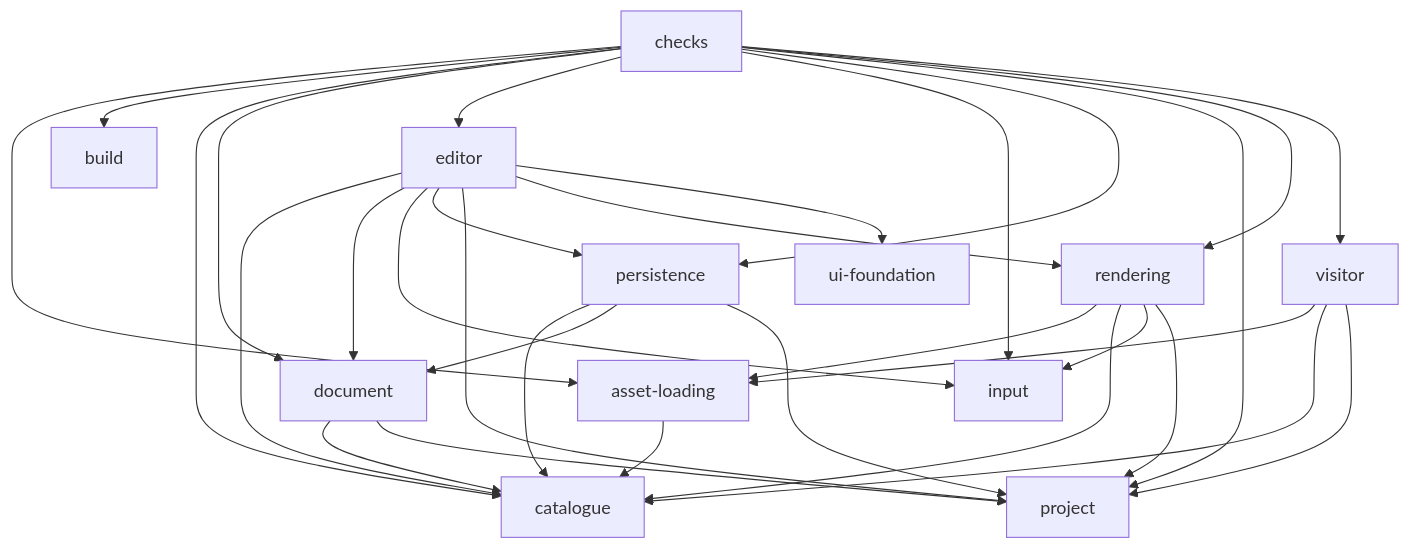
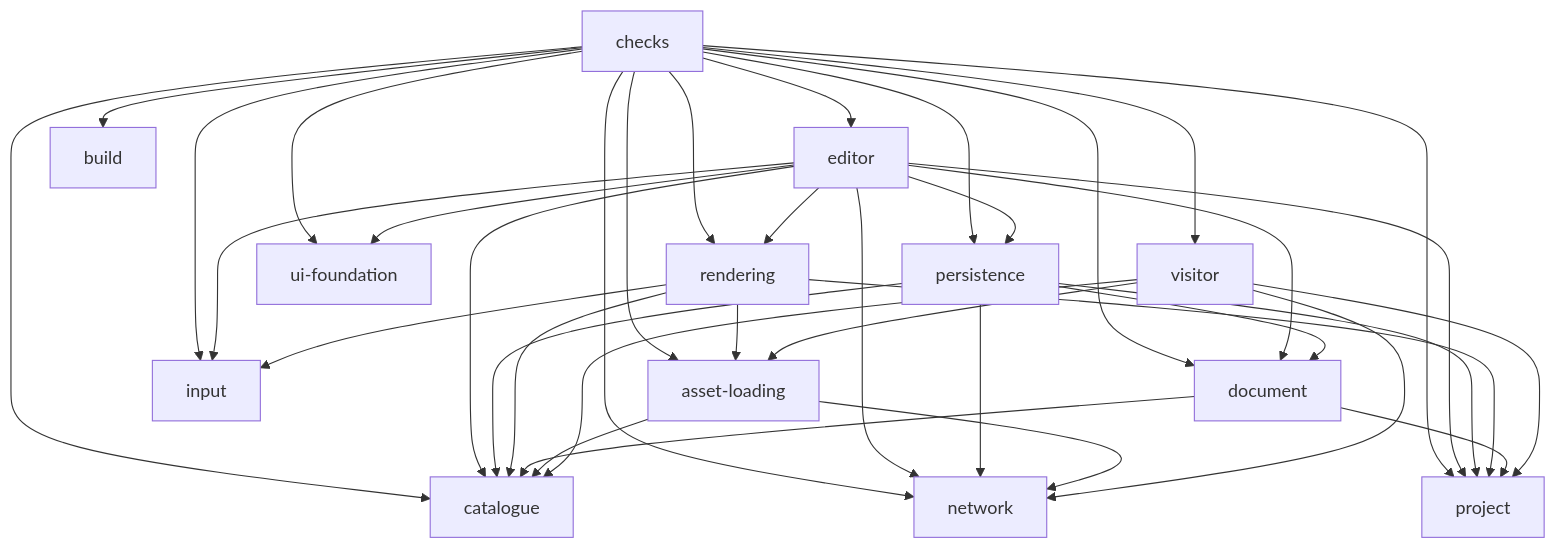
Before and after one commit to Team-Meshworks/gam300: the diagram in docs/architecture-graph.md, drawn with Mermaid. The commit also changed 4 other files, not shown here.

Commit message:
Keep visitor asset loading compatible with older browsers

````diff
--- a/docs/architecture-graph.md
+++ b/docs/architecture-graph.md
@@ -8,45 +8,52 @@
 ```mermaid
 graph TD
+  network["network"]
   visitor["visitor"]
   project["project"]
   catalogue["catalogue"]
   asset-loading["asset-loading"]
   input["input"]
   document["document"]
   rendering["rendering"]
   persistence["persistence"]
   ui-foundation["ui-foundation"]
   editor["editor"]
   build["build"]
   checks["checks"]
   visitor --> asset-loading
   visitor --> catalogue
+  visitor --> network
   visitor --> project
   asset-loading --> catalogue
+  asset-loading --> network
   document --> catalogue
   document --> project
   rendering --> asset-loading
   rendering --> catalogue
   rendering --> input
   rendering --> project
   persistence --> catalogue
   persistence --> document
+  persistence --> network
   persistence --> project
   editor --> catalogue
   editor --> document
   editor --> input
+  editor --> network
   editor --> persistence
   editor --> project
   editor --> rendering
   editor --> ui-foundation
   checks --> asset-loading
   checks --> build
   checks --> catalogue
   checks --> document
   checks --> editor
   checks --> input
+  checks --> network
   checks --> persistence
   checks --> project
   checks --> rendering
+  checks --> ui-foundation
   checks --> visitor
 ```
````
